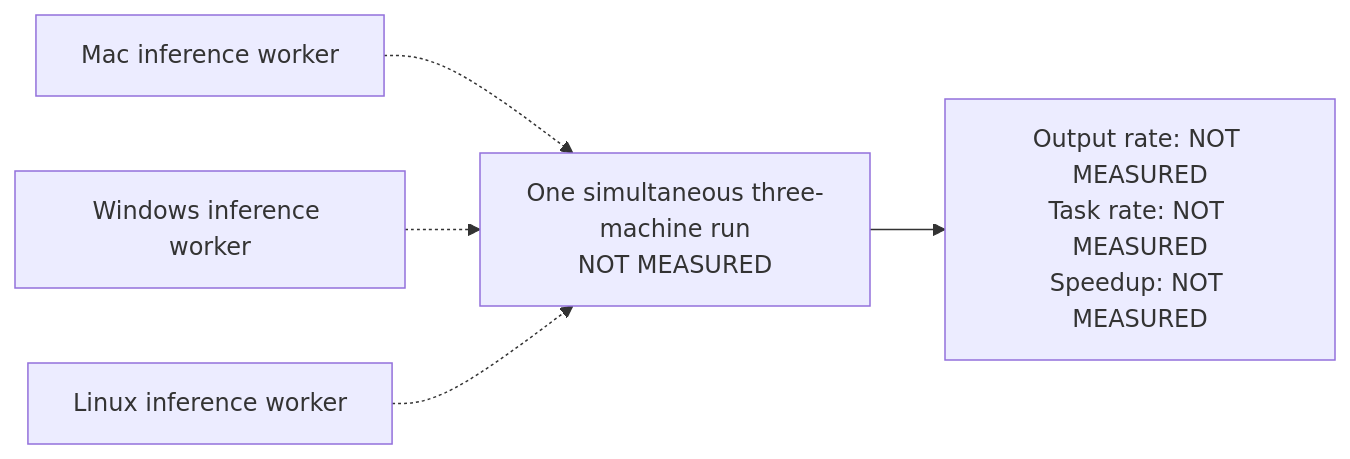
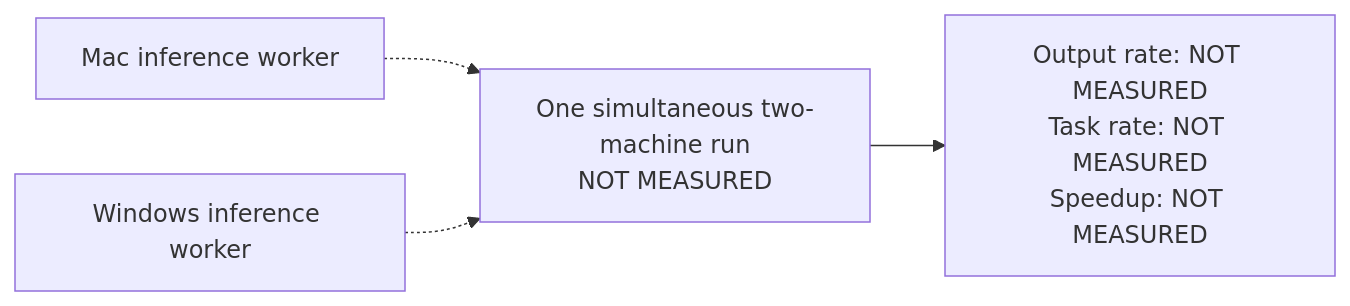
The diagram in README.md (louiscalata/agiw-suite), drawn with Mermaid before and after one commit. The commit also changed other lines of this file and 1 other file, not shown here.

Commit message:
docs: two-machine wording in README and roadmap (Linux/Mac Pro retired) (#9)

````diff
--- a/README.md
+++ b/README.md
@@ -25,7 +27,6 @@
 ```mermaid
 flowchart LR
-    M["Mac inference worker"] -.-> R["One simultaneous three-machine run<br/>NOT MEASURED"]
+    M["Mac inference worker"] -.-> R["One simultaneous two-machine run<br/>NOT MEASURED"]
     W["Windows inference worker"] -.-> R
-    L["Linux inference worker"] -.-> R
     R --> O["Output rate: NOT MEASURED<br/>Task rate: NOT MEASURED<br/>Speedup: NOT MEASURED"]
 ```
````
